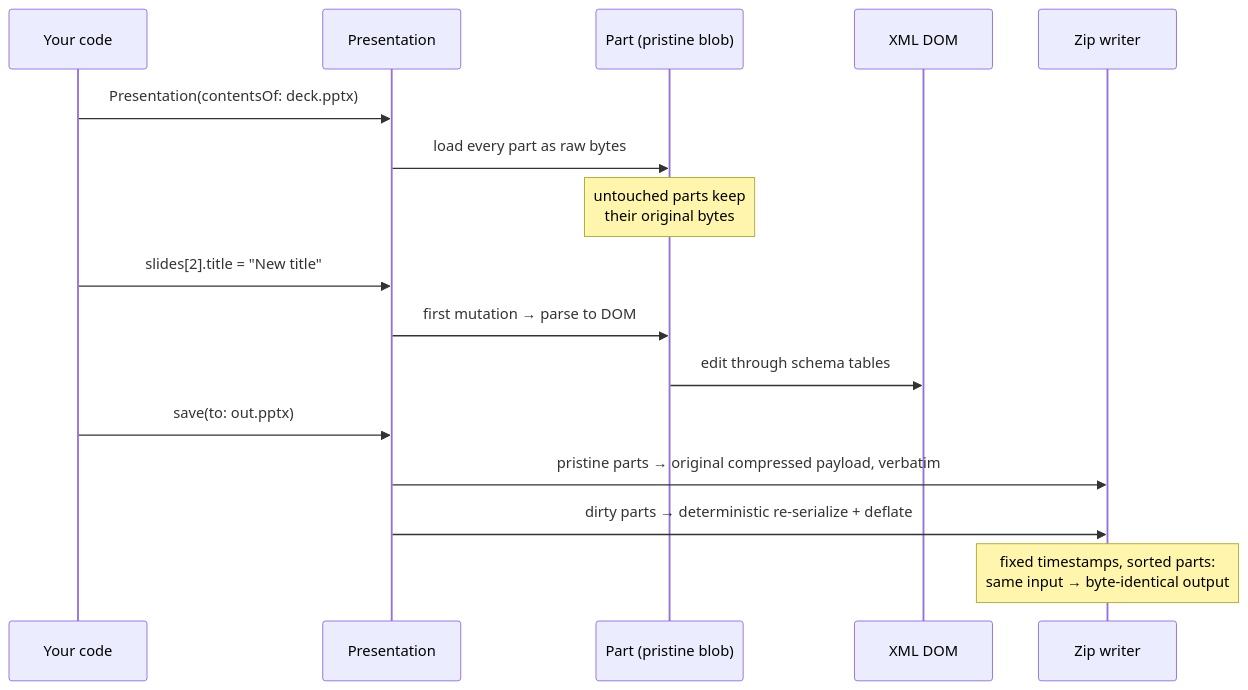
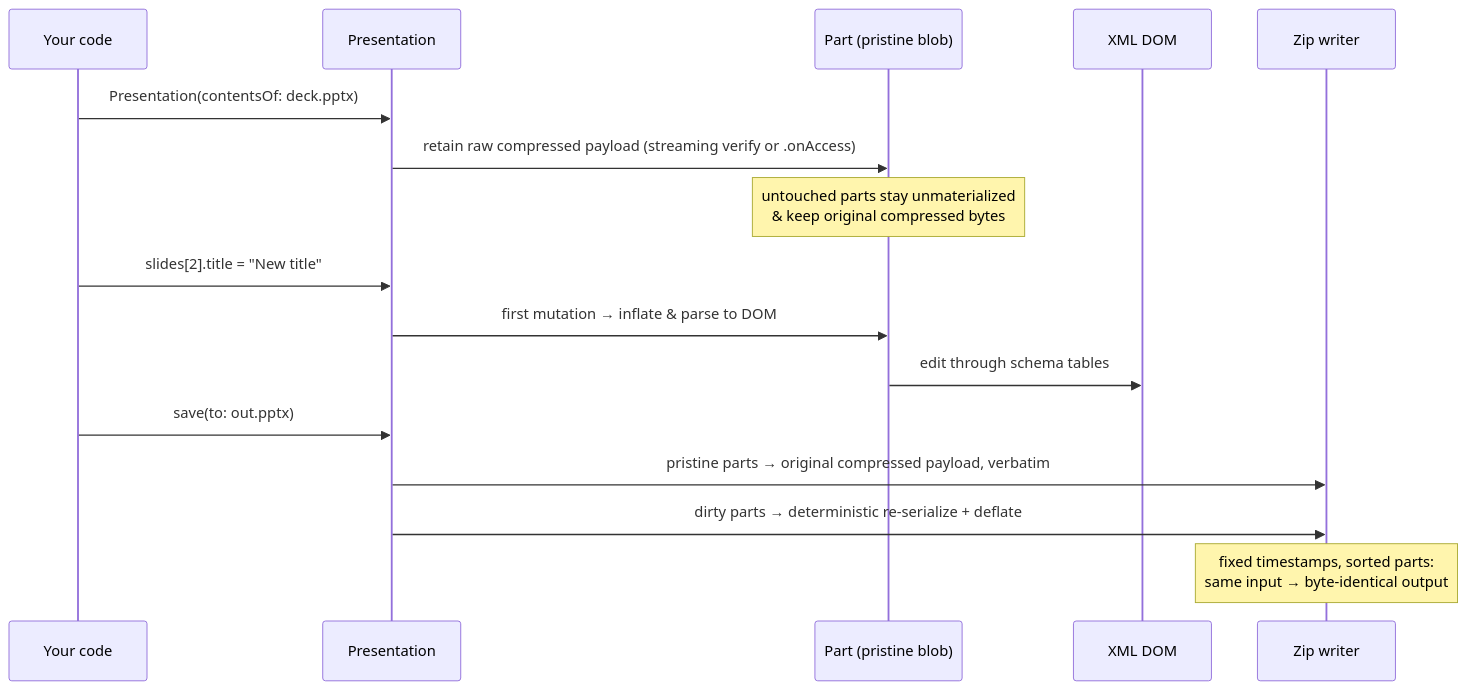
The second of 2 diagrams in README.md (welshofer/rostrum), drawn with Mermaid before and after one commit. The commit also changed other lines of this file and 35 other files, not shown here.

````diff
--- a/README.md
+++ b/README.md
@@ -310,19 +310,19 @@
 ```mermaid
 sequenceDiagram
     participant U as Your code
     participant P as Presentation
     participant Part as Part (pristine blob)
     participant DOM as XML DOM
     participant Zip as Zip writer
 
     U->>P: Presentation(contentsOf: deck.pptx)
-    P->>Part: load every part as raw bytes
-    Note over Part: untouched parts keep<br/>their original bytes
+    P->>Part: retain raw compressed payload (streaming verify or .onAccess)
+    Note over Part: untouched parts stay unmaterialized<br/>& keep original compressed bytes
     U->>P: slides[2].title = "New title"
-    P->>Part: first mutation → parse to DOM
+    P->>Part: first mutation → inflate & parse to DOM
     Part->>DOM: edit through schema tables
     U->>P: save(to: out.pptx)
     P->>Zip: pristine parts → original compressed payload, verbatim
     P->>Zip: dirty parts → deterministic re-serialize + deflate
     Note over Zip: fixed timestamps, sorted parts:<br/>same input → byte-identical output
 ```
````
